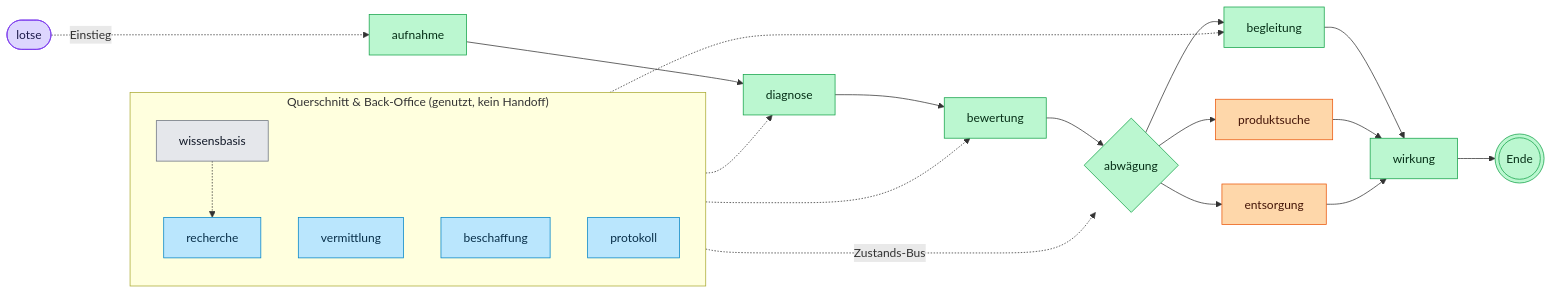
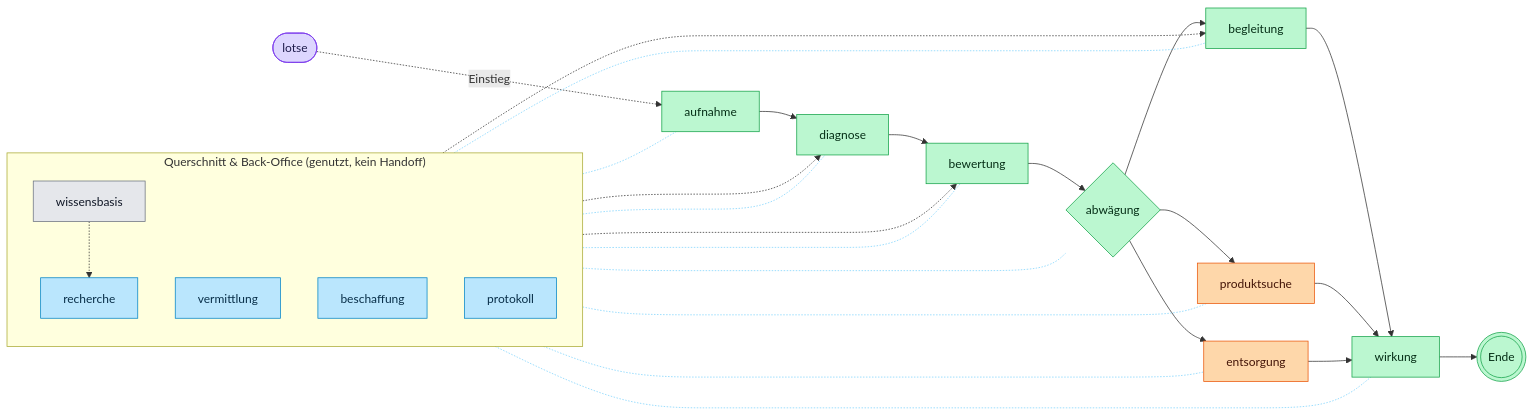
One commit to DigitaleOberlausitz/hackathon2026_RepairApp changed the first of 15 diagrams in docs/folien/runtime-roles.adoc. Above: the diagram before and after it, drawn with Mermaid. The commit also changed other lines of this file and 2 other files, not shown here.

First line of the commit message:
docs(folien): Rollen-Folien narrativ (just-in-time) ordnen + schärfere Diagramme

```diff
--- a/docs/folien/runtime-roles.adoc
+++ b/docs/folien/runtime-roles.adoc
@@ -25,42 +33,50 @@
 [mermaid,pdfwidth=100%]
 ....
 flowchart LR
   classDef orch fill:#ddd6fe,stroke:#7c3aed,color:#1e1b4b
   classDef journey fill:#bbf7d0,stroke:#16a34a,color:#052e16
   classDef alt fill:#fed7aa,stroke:#ea580c,color:#431407
   classDef cross fill:#bae6fd,stroke:#0284c7,color:#082f49
   classDef back fill:#e5e7eb,stroke:#6b7280,color:#111827
 
   lotse([lotse]):::orch
   aufnahme[aufnahme]:::journey
   diagnose[diagnose]:::journey
   bewertung[bewertung]:::journey
   abwaegung{abwägung}:::journey
   begleitung[begleitung]:::journey
   wirkung[wirkung]:::journey
   produktsuche[produktsuche]:::alt
   entsorgung[entsorgung]:::alt
   ende(((Ende))):::journey
 
   lotse -. Einstieg .-> aufnahme
   aufnahme --> diagnose --> bewertung --> abwaegung
   abwaegung --> begleitung --> wirkung
   abwaegung --> produktsuche --> wirkung
   abwaegung --> entsorgung --> wirkung
   wirkung --> ende
 
   subgraph QS["Querschnitt & Back-Office (genutzt, kein Handoff)"]
     direction TB
     recherche[recherche]:::cross
     vermittlung[vermittlung]:::cross
     beschaffung[beschaffung]:::cross
     protokoll[protokoll]:::cross
     wissensbasis[wissensbasis]:::back
   end
 
   recherche -.-> diagnose
   vermittlung -.-> bewertung
   beschaffung -.-> begleitung
-  protokoll -. Zustands-Bus .-> abwaegung
+  protokoll -.- aufnahme
+  protokoll -.- diagnose
+  protokoll -.- bewertung
+  protokoll -.- abwaegung
+  protokoll -.- begleitung
+  protokoll -.- produktsuche
+  protokoll -.- entsorgung
+  protokoll -.- wirkung
   wissensbasis -.-> recherche
+  linkStyle 14,15,16,17,18,19,20,21 stroke:#7dd3fc,stroke-width:1px
 ....
```
